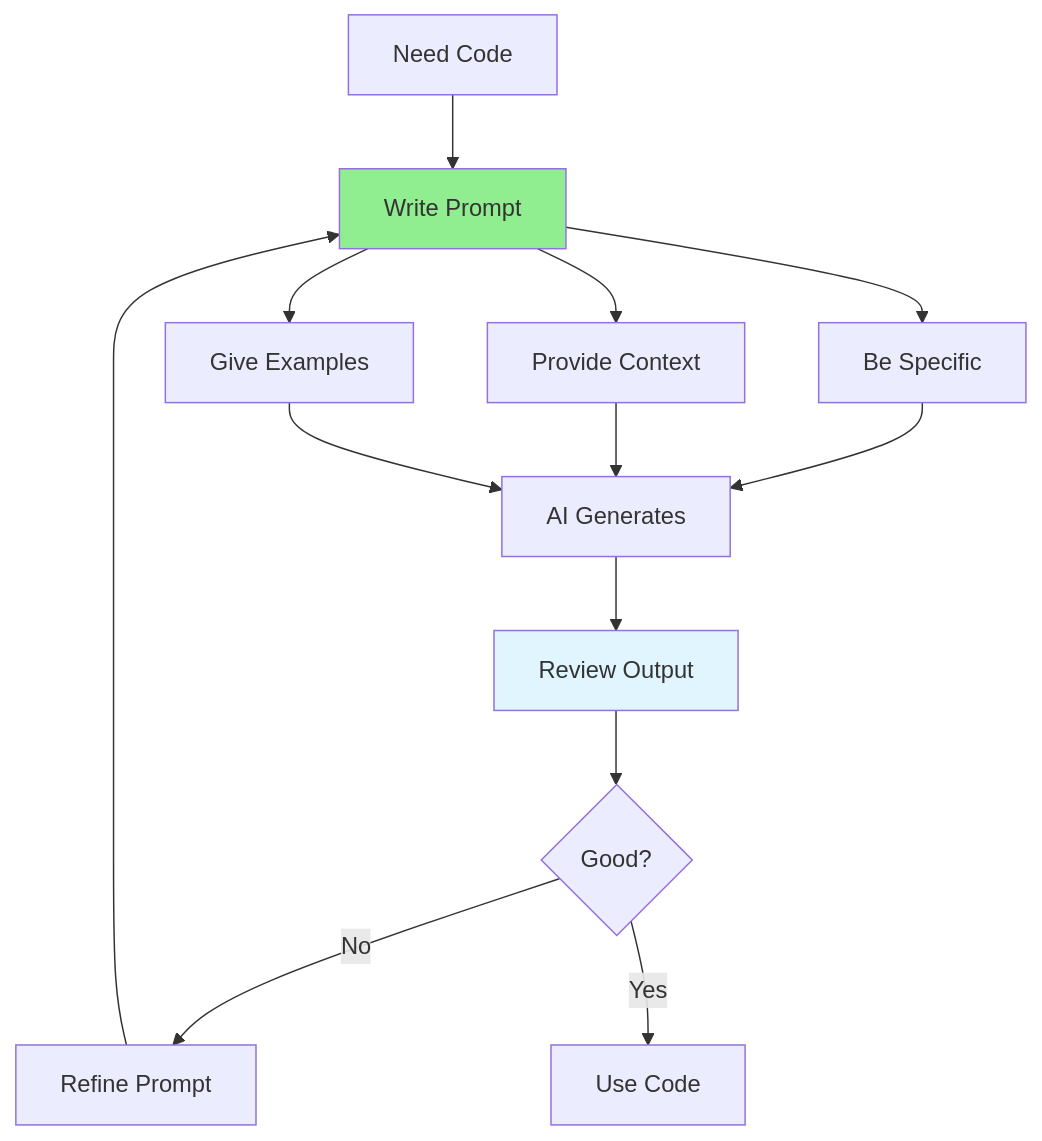
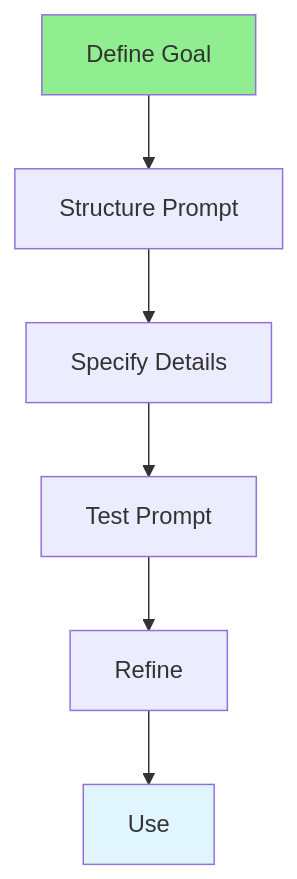
Before and after one commit to iouthnamain/tech-note: the diagram in Full-Stack-Guides/Group-05-AI-Assisted-Coding/05.01_Prompt_Engineering.md, drawn with Mermaid. The commit also changed other lines of this file and 480 other files, not shown here.

````diff
--- a/Full-Stack-Guides/Group-05-AI-Assisted-Coding/05.01_Prompt_Engineering.md
+++ b/Full-Stack-Guides/Group-05-AI-Assisted-Coding/05.01_Prompt_Engineering.md
@@ -22,20 +21,11 @@
 ```mermaid
 flowchart TD
-    Need[Need Code] --> Write[Write Prompt]
-    Write --> Specific[Be Specific]
-    Write --> Context[Provide Context]
-    Write --> Examples[Give Examples]
+    Goal[Define Goal] --> Structure[Structure Prompt]
+    Structure --> Specify[Specify Details]
+    Specify --> Test[Test Prompt]
+    Test --> Refine[Refine]
+    Refine --> Use[Use]
     
-    Specific --> Generate[AI Generates]
-    Context --> Generate
-    Examples --> Generate
-    
-    Generate --> Review[Review Output]
-    Review --> Good{Good?}
-    Good -->|No| Refine[Refine Prompt]
-    Good -->|Yes| Use[Use Code]
-    Refine --> Write
-    
-    style Write fill:#90EE90
-    style Review fill:#e1f5ff
+    style Goal fill:#90EE90
+    style Use fill:#e1f5ff
 ```
````
